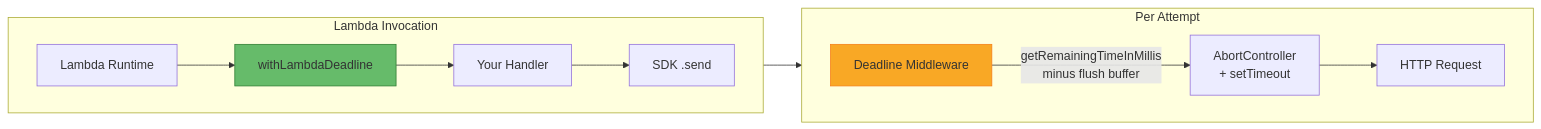
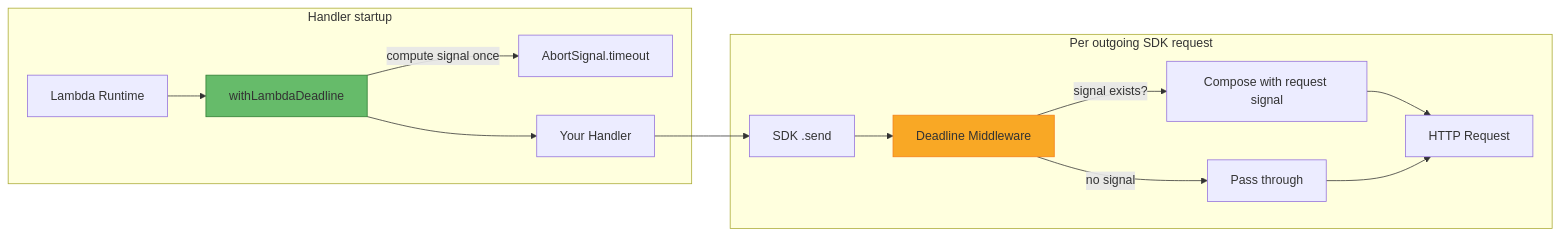
Before and after one commit to mikkopiu/lambda-deadline-middleware: the diagram in README.md, drawn with Mermaid. The commit also changed other lines of this file and 23 other files, not shown here.

First line of the commit message:
feat!: Single signal per invocation, drop per-request timer

````diff
--- a/README.md
+++ b/README.md
@@ -65,19 +40,21 @@
 ```mermaid
 flowchart LR
-    subgraph Lambda Invocation
-        direction LR
+    subgraph Handler startup
         A[Lambda Runtime] --> B[withLambdaDeadline]
-        B --> C[Your Handler]
-        C --> D[SDK .send]
+        B -->|compute signal once| C[AbortSignal.timeout]
+        B --> D[Your Handler]
     end
 
-    subgraph Per Attempt
-        direction LR
-        D --> E[Deadline Middleware]
-        E -->|getRemainingTimeInMillis\nminus flush buffer| F[AbortController\n+ setTimeout]
-        F --> G[HTTP Request]
+    subgraph Per outgoing SDK request
+        E[SDK .send] --> F[Deadline Middleware]
+        F -->|signal exists?| G[Compose with request signal]
+        F -->|no signal| H[Pass through]
+        G --> I[HTTP Request]
+        H --> I
     end
 
-    style E fill:#f9a825,stroke:#f57f17
+    D --> E
+
+    style F fill:#f9a825,stroke:#f57f17
     style B fill:#66bb6a,stroke:#2e7d32
 ```
````
